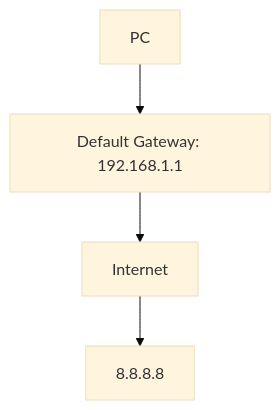
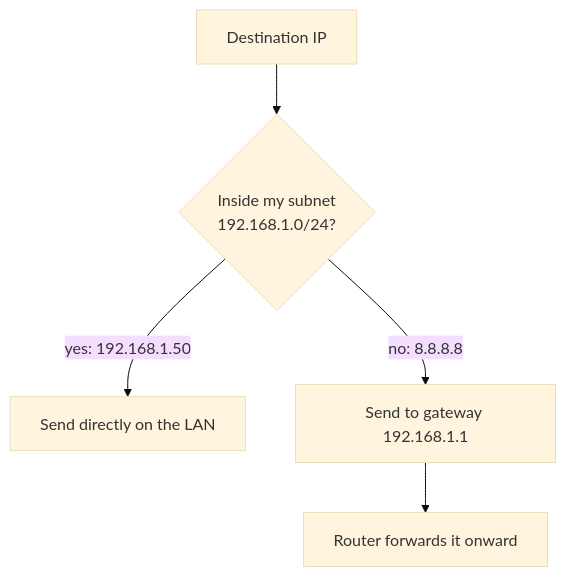
The third of 12 diagrams in DevOps/NaNa/Linux/6. Networking Fundamentals.md (RyanM-Dev/My-Summery), drawn with Mermaid (base theme) before and after one commit. The commit also changed other lines of this file and 16 other files, not shown here.

````diff
--- a/DevOps/NaNa/Linux/6. Networking Fundamentals.md
+++ b/DevOps/NaNa/Linux/6. Networking Fundamentals.md
@@ -510,10 +176,7 @@
 ```mermaid
 flowchart TD
-    N0["PC"]
-    N1["Default Gateway: 192.168.1.1"]
-    N2["Internet"]
-    N3["8.8.8.8"]
-    N0 --> N1
-    N1 --> N2
-    N2 --> N3
+    D["Destination IP"] --> Q{"Inside my subnet\n192.168.1.0/24?"}
+    Q -->|"yes: 192.168.1.50"| L["Send directly on the LAN"]
+    Q -->|"no: 8.8.8.8"| G["Send to gateway 192.168.1.1"]
+    G --> N["Router forwards it onward"]
 ```
````
